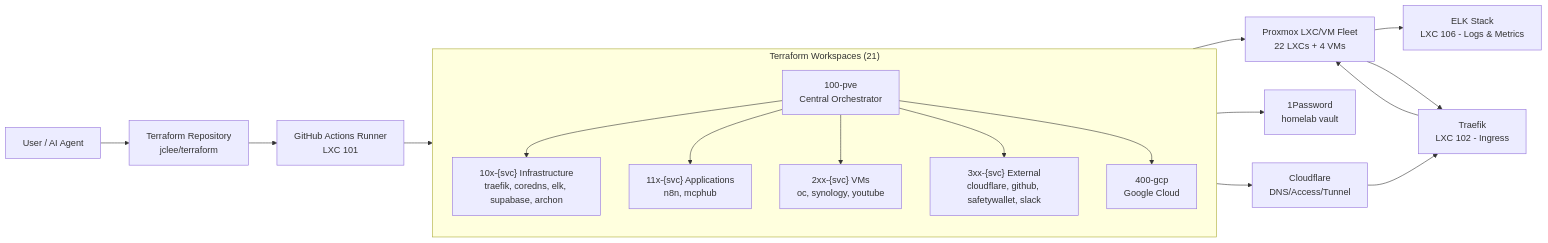
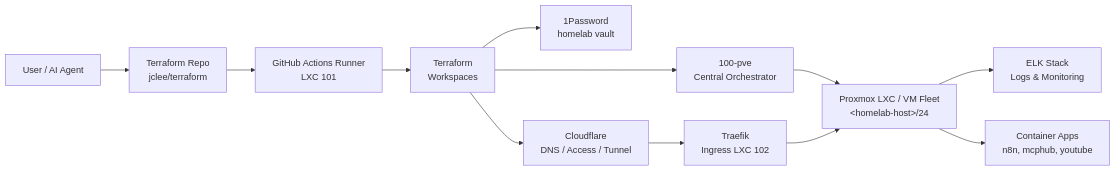
One commit to jclee941/terraform changed the diagram in README.md. Above: the diagram before and after it, drawn with Mermaid. The commit also changed other lines of this file, not shown here.

````diff
--- a/README.md
+++ b/README.md
@@ -61,31 +58,14 @@
 ```mermaid
 flowchart LR
-    Agent["User / AI Agent"] --> Repo["Terraform Repository<br>jclee/terraform"]
-    Repo --> CI["GitHub Actions Runner<br>LXC 101"]
-    
-    subgraph Terraform["Terraform Workspaces (21)"]
-        direction TB
-        TF_100["100-pve<br>Central Orchestrator"]
-        TF_10x["10x-{svc} Infrastructure<br>traefik, coredns, elk, supabase, archon"]
-        TF_11x["11x-{svc} Applications<br>n8n, mcphub"]
-        TF_2xx["2xx-{svc} VMs<br>oc, synology, youtube"]
-        TF_3xx["3xx-{svc} External<br>cloudflare, github, safetywallet, slack"]
-        TF_400["400-gcp<br>Google Cloud"]
-    end
-    
-    CI --> TF_100
-    TF_100 --> TF_10x
-    TF_100 --> TF_11x
-    TF_100 --> TF_2xx
-    TF_100 --> TF_3xx
-    TF_100 --> TF_400
-    
-    TF_100 --> Fleet["Proxmox LXC/VM Fleet<br>22 LXCs + 4 VMs"]
-    TF_10x --> OP["1Password<br>homelab vault"]
-    TF_3xx --> CF["Cloudflare<br>DNS/Access/Tunnel"]
-    
-    Fleet --> ELK["ELK Stack<br>LXC 106 - Logs & Metrics"]
-    Fleet --> Traefik["Traefik<br>LXC 102 - Ingress"]
-    CF --> Traefik
+    Agent["User / AI Agent"] --> Repo["Terraform Repo<br/>jclee/terraform"]
+    Repo --> CI["GitHub Actions Runner<br/>LXC 101"]
+    CI --> TF["Terraform<br/>Workspaces"]
+    TF --> PVE["100-pve<br/>Central Orchestrator"]
+    PVE --> Fleet["Proxmox LXC / VM Fleet<br/>&lt;homelab-host&gt;/24"]
+    TF --> OP["1Password<br/>homelab vault"]
+    TF --> CF["Cloudflare<br/>DNS / Access / Tunnel"]
+    Fleet --> ELK["ELK Stack<br/>Logs & Monitoring"]
+    CF --> Traefik["Traefik<br/>Ingress LXC 102"]
     Traefik --> Fleet
+    Fleet --> Apps["Container Apps<br/>n8n, mcphub, youtube"]
 ```
````
